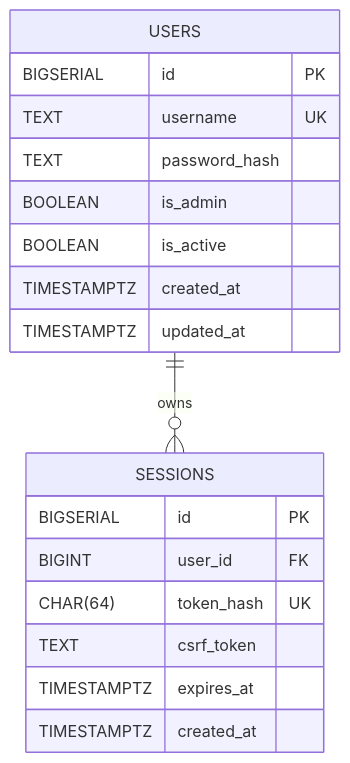
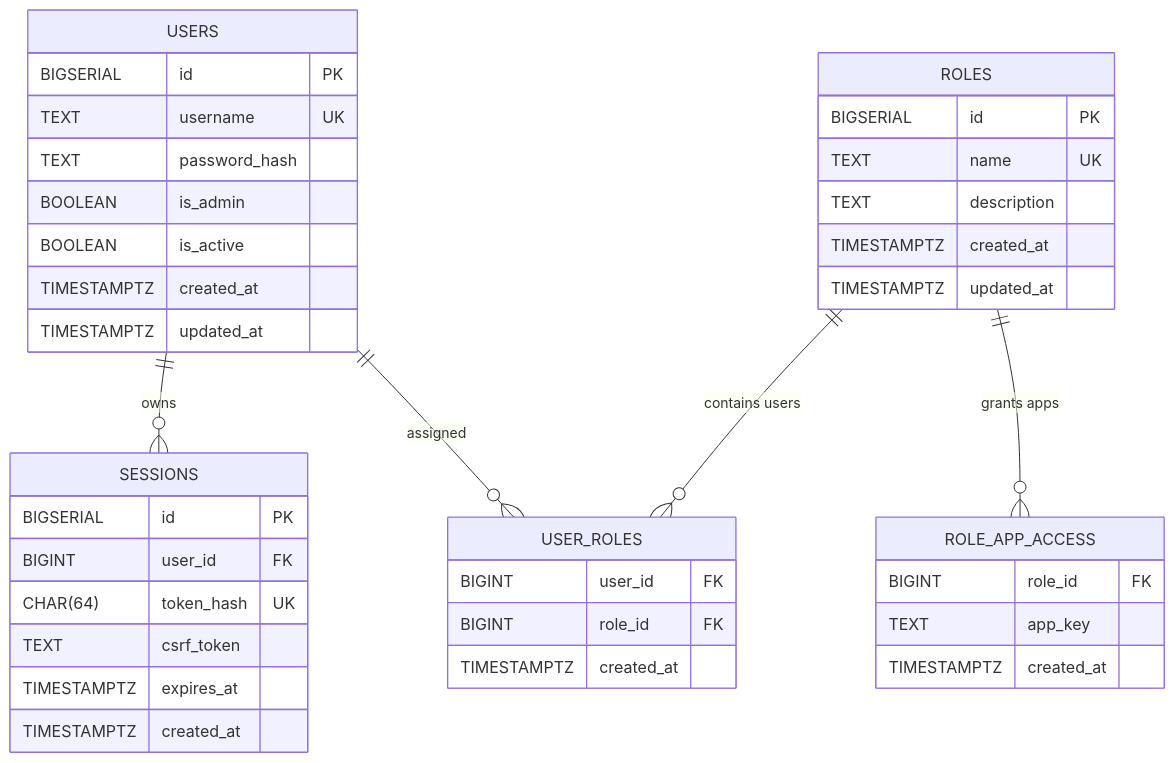
The third of 3 diagrams in README.md (Bio2Byte/shiny-web-container), drawn with Mermaid before and after one commit. The commit also changed other lines of this file and 18 other files, not shown here.

````diff
--- a/README.md
+++ b/README.md
@@ -156,23 +170,46 @@
 ```mermaid
 erDiagram
     USERS ||--o{ SESSIONS : "owns"
+    USERS ||--o{ USER_ROLES : "assigned"
+    ROLES ||--o{ USER_ROLES : "contains users"
+    ROLES ||--o{ ROLE_APP_ACCESS : "grants apps"
 
     USERS {
         BIGSERIAL id PK
         TEXT username UK
         TEXT password_hash
         BOOLEAN is_admin
         BOOLEAN is_active
         TIMESTAMPTZ created_at
         TIMESTAMPTZ updated_at
     }
 
     SESSIONS {
         BIGSERIAL id PK
         BIGINT user_id FK
         CHAR(64) token_hash UK
         TEXT csrf_token
         TIMESTAMPTZ expires_at
         TIMESTAMPTZ created_at
     }
+
+    ROLES {
+        BIGSERIAL id PK
+        TEXT name UK
+        TEXT description
+        TIMESTAMPTZ created_at
+        TIMESTAMPTZ updated_at
+    }
+
+    USER_ROLES {
+        BIGINT user_id FK
+        BIGINT role_id FK
+        TIMESTAMPTZ created_at
+    }
+
+    ROLE_APP_ACCESS {
+        BIGINT role_id FK
+        TEXT app_key
+        TIMESTAMPTZ created_at
+    }
 ```
````
